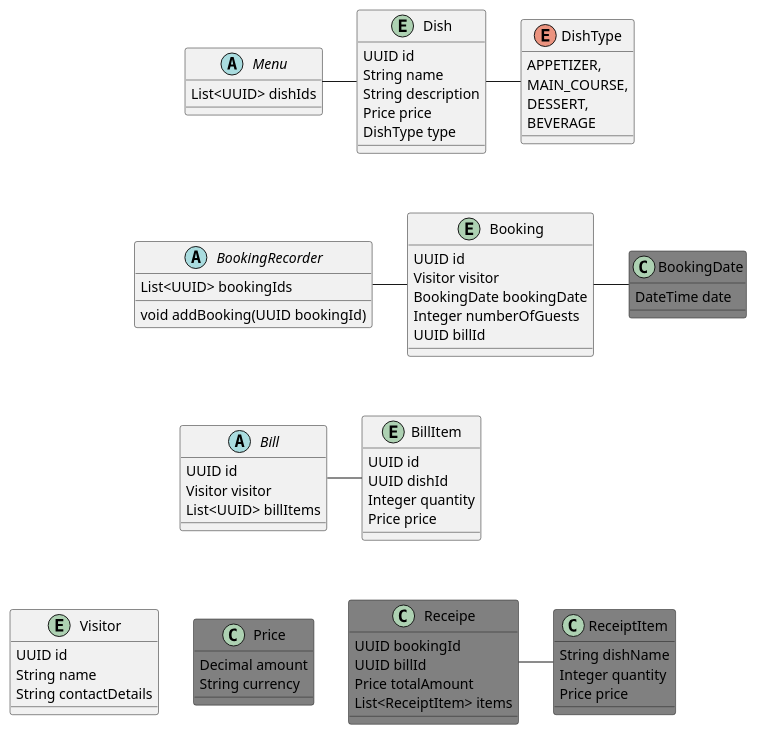
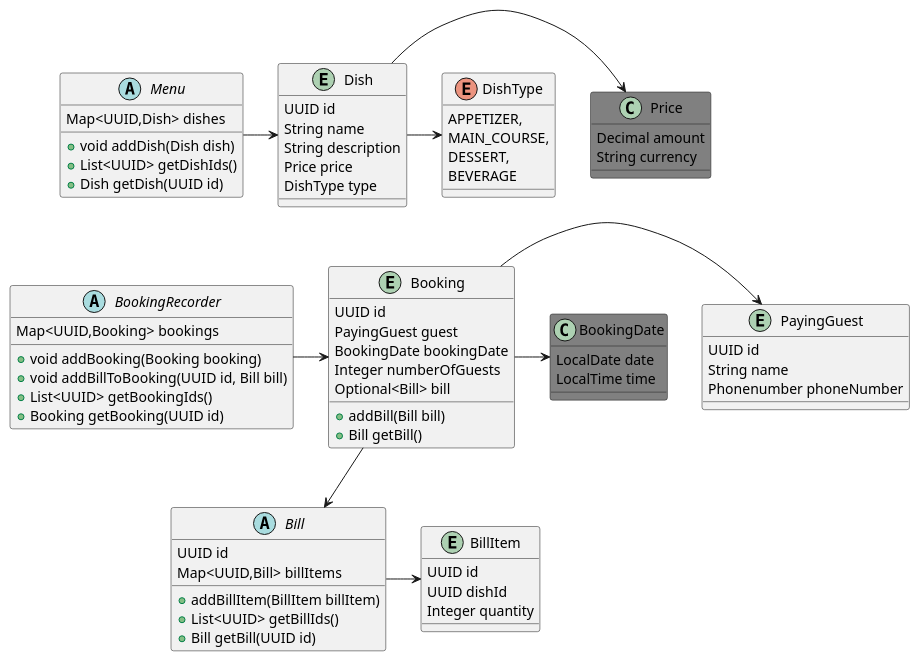
The diagram in src/domain_driven_design/restaurant_booking/diagrams/domain_classes.puml (JonasHellgren/JavaBasics), drawn with PlantUML before and after one commit. The commit also changed 6 other files, not shown here.

```diff
--- a/src/domain_driven_design/restaurant_booking/diagrams/domain_classes.puml
+++ b/src/domain_driven_design/restaurant_booking/diagrams/domain_classes.puml
@@ -1,119 +1,114 @@
 @startuml
 
 
 together {
   class Menu
   entity Dish
   enum DishType
 }
 
-Menu - Dish
-Dish - DishType
+
 
 together {
   abstract BookingRecorder
   entity Booking
   class BookingDate
-}
-
-BookingRecorder - Booking
-Booking - BookingDate
-
-together {
   abstract Bill
   entity BillItem
 }
 
-Bill - BillItem
 
-together {
-  class Price
-  class Receipe
-  class ReceiptItem
-  entity Visitor
-}
-
-Receipe - ReceiptItem
-
-Menu -[hidden]-> BookingRecorder
-BookingRecorder -[hidden]-> Bill
-Bill -[hidden]-> Price
 
 entity Dish {
   UUID id
   String name
   String description
   Price price
   DishType type
 }
 
+
+
 class  Price #grey {
   Decimal amount
   String currency
 }
 
-entity Visitor {
+entity PayingGuest {
   UUID id
   String name
-  String contactDetails
+  Phonenumber phoneNumber
 }
+
+Menu -> Dish
+Dish -> DishType
+Dish -> Price
+
+BookingRecorder -> Booking
+Booking -down-> Bill
+Booking -> BookingDate
+
+
+Bill -> BillItem
+Menu -[hidden]-> BookingRecorder
+BookingRecorder -[hidden]-> Bill
+
+Booking -> PayingGuest
 
 entity Booking {
   UUID id
-  Visitor visitor
+  PayingGuest guest
   BookingDate bookingDate
   Integer numberOfGuests
-  UUID billId
-}
-
-class BookingDate #grey {
-  DateTime date
+  Optional<Bill> bill
+  + addBill(Bill bill)
+  + Bill getBill()
 }
 
 
+
+class BookingDate #grey {
+  LocalDate date
+  LocalTime time
+}
 
 entity BillItem {
   UUID id
   UUID dishId
   Integer quantity
-  Price price
-}
-
-class Receipe #grey {
-  UUID bookingId
-  UUID billId
-  Price totalAmount
-  List<ReceiptItem> items
-}
-
-class ReceiptItem #grey {
-  String dishName
-  Integer quantity
-  Price price
 }
 
 enum DishType {
   APPETIZER,
   MAIN_COURSE,
   DESSERT,
   BEVERAGE
 }
 
 abstract Menu {
-  List<UUID> dishIds
+  Map<UUID,Dish> dishes
+  + void addDish(Dish dish)
+  + List<UUID> getDishIds()
+  + Dish getDish(UUID id)
 }
 
 abstract Bill {
   UUID id
-  Visitor visitor
-  List<UUID> billItems
+  Map<UUID,Bill> billItems
+  + addBillItem(BillItem billItem)
+  + List<UUID> getBillIds()
+  + Bill getBill(UUID id)
 }
 
+
+
 abstract BookingRecorder{
-  List<UUID> bookingIds
-
-  void addBooking(UUID bookingId)
+  Map<UUID,Booking> bookings
+  + void addBooking(Booking booking)
+  + void addBillToBooking(UUID id, Bill bill)
+  + List<UUID> getBookingIds()
+  + Booking getBooking(UUID id)
 }
 
 
 @enduml
```
